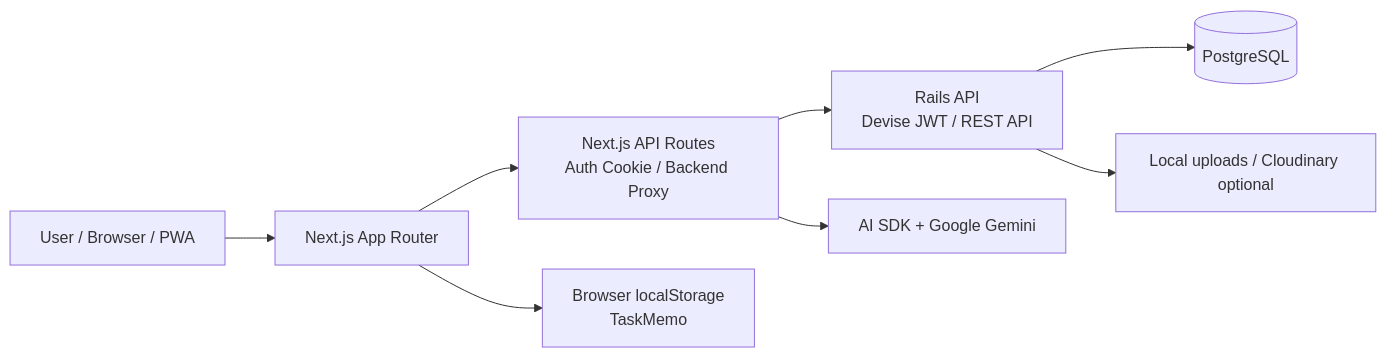
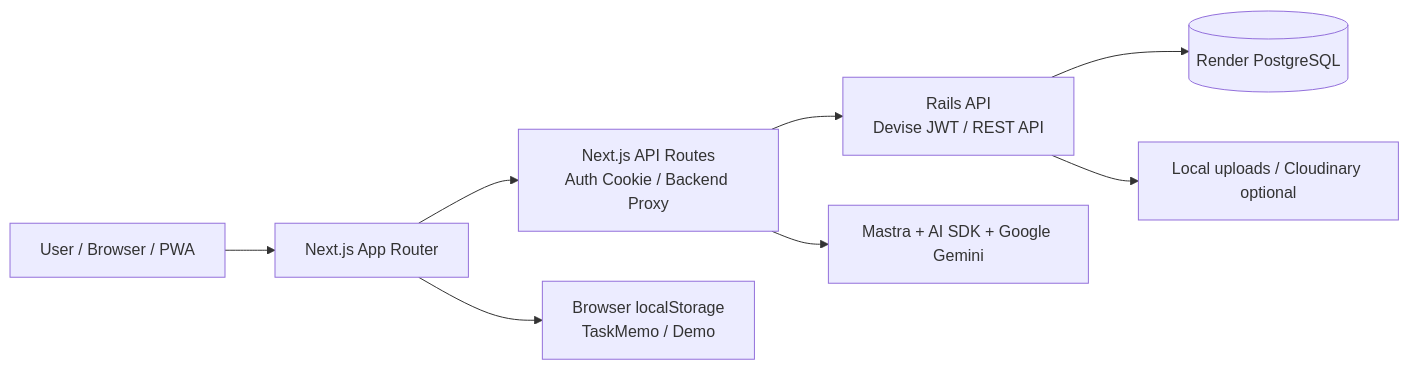
One commit to yuzz87/daily-App-ios-vercel changed the first of 2 diagrams in README.md. Above: the diagram before and after it, drawn with Mermaid. The commit also changed other lines of this file, not shown here.

````diff
--- a/README.md
+++ b/README.md
@@ -100,19 +102,19 @@
 ```mermaid
 flowchart LR
     User["User / Browser / PWA"]
     NextUI["Next.js App Router"]
     NextAPI["Next.js API Routes<br/>Auth Cookie / Backend Proxy"]
     Rails["Rails API<br/>Devise JWT / REST API"]
-    DB[("PostgreSQL")]
-    AI["AI SDK + Google Gemini"]
+    DB[("Render PostgreSQL")]
+    AI["Mastra + AI SDK + Google Gemini"]
     Storage["Local uploads / Cloudinary optional"]
-    LocalStorage["Browser localStorage<br/>TaskMemo"]
+    LocalStorage["Browser localStorage<br/>TaskMemo / Demo"]
 
     User --> NextUI
     NextUI --> NextAPI
     NextUI --> LocalStorage
     NextAPI --> Rails
+    NextAPI --> AI
     Rails --> DB
-    NextAPI --> AI
     Rails --> Storage
 ```
````
